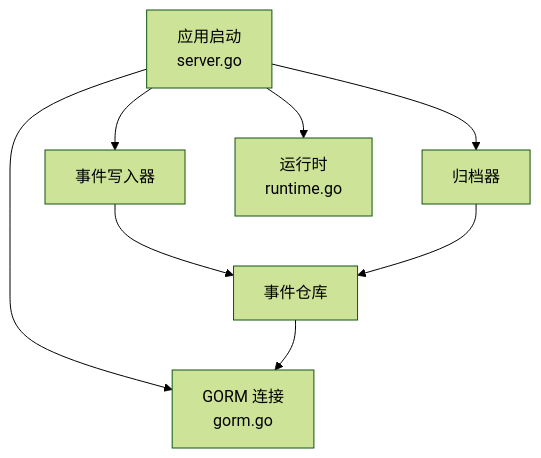
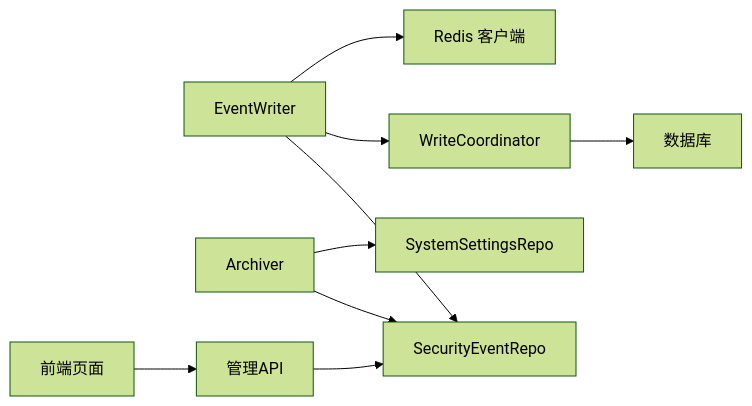
One commit to x01n/My-OpenWaf changed the ninth of 10 diagrams in docs/监控与可观测性/安全事件记录.md. Above: the diagram before and after it, drawn with Mermaid (forest theme). The commit also changed other lines of this file and 199 other files, not shown here.

````diff
--- a/docs/监控与可观测性/安全事件记录.md
+++ b/docs/监控与可观测性/安全事件记录.md
@@ -346,10 +341,11 @@
 ```mermaid
-graph TB
-SRV["应用启动<br/>server.go"] --> EW["事件写入器"]
-SRV --> ARC["归档器"]
-SRV --> DB["GORM 连接<br/>gorm.go"]
-SRV --> RT["运行时<br/>runtime.go"]
-EW --> REPO["事件仓库"]
-ARC --> REPO
-REPO --> DB
+graph LR
+EW["EventWriter"] --> REPO["SecurityEventRepo"]
+EW --> WC["WriteCoordinator"]
+EW --> REDIS["Redis 客户端"]
+WC --> DB["数据库"]
+AR["Archiver"] --> REPO
+AR --> SS["SystemSettingsRepo"]
+API["管理API"] --> REPO
+FE["前端页面"] --> API
 ```
````
